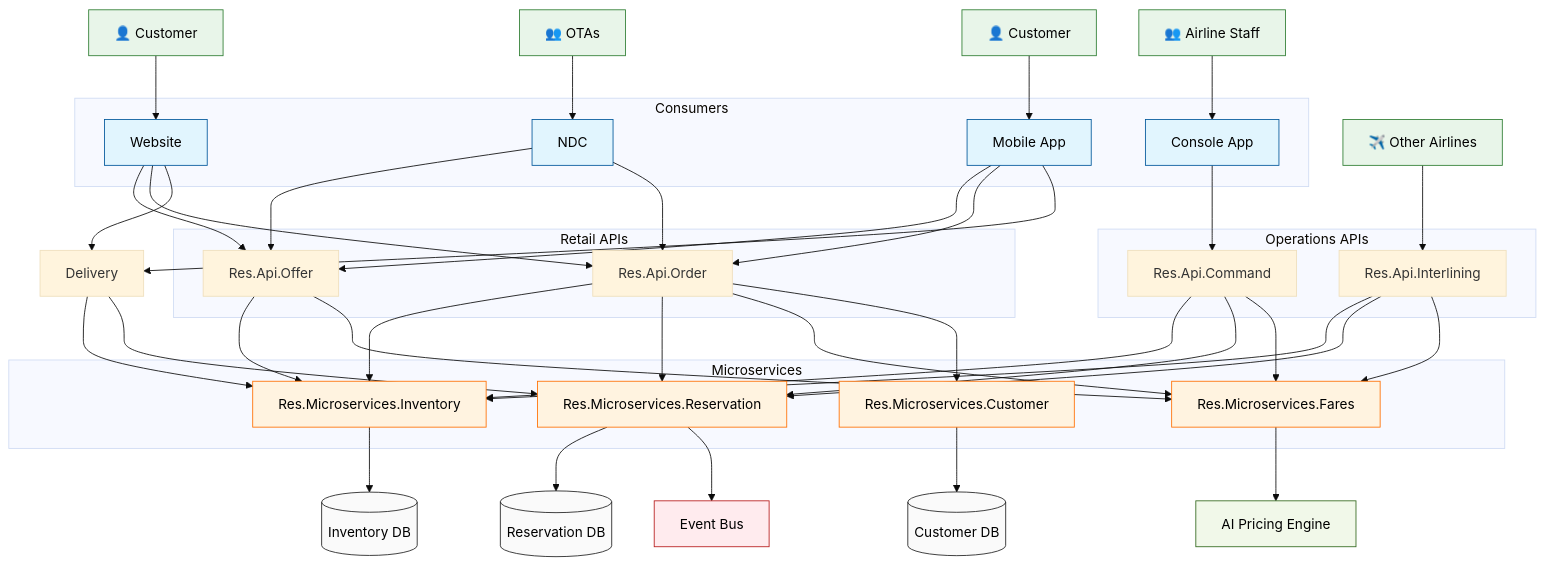
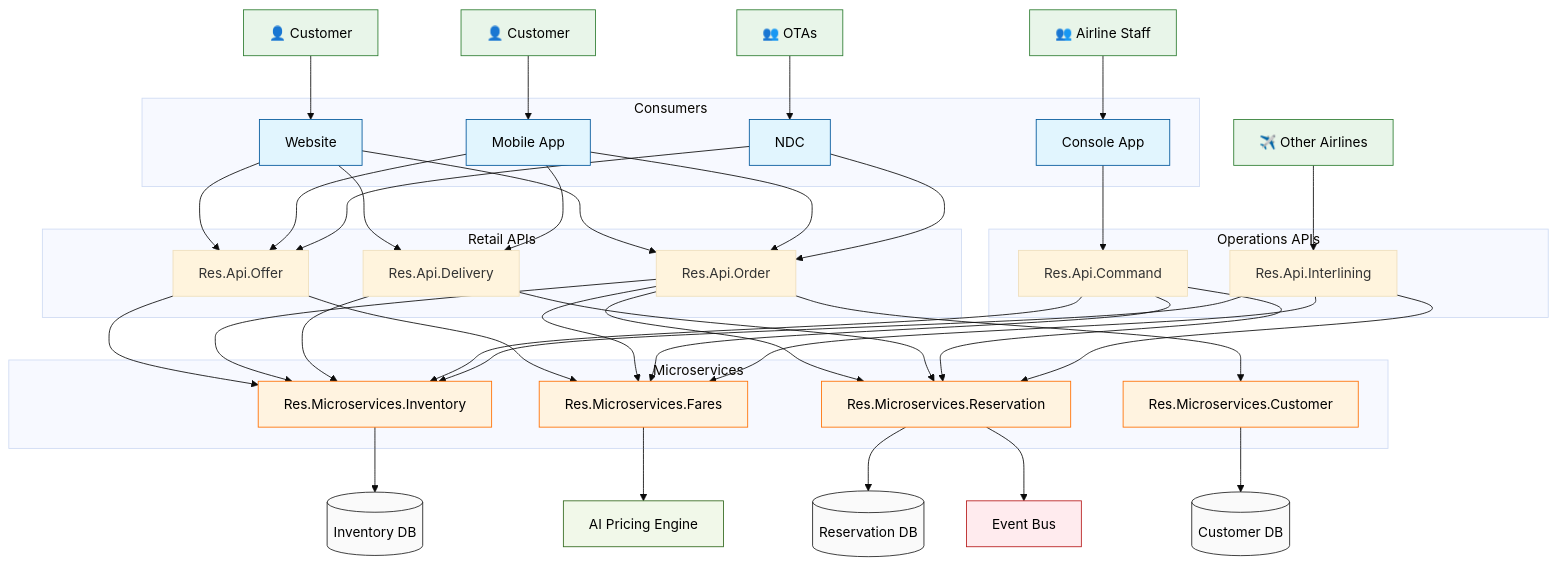
The diagram in README.md (sebharvey/ReservationSystem), drawn with Mermaid (base theme) before and after one commit.

```diff
--- a/README.md
+++ b/README.md
@@ -46,6 +46,7 @@
     subgraph Retail_APIs[Retail APIs]
         Offer[Res.Api.Offer]
         Order[Res.Api.Order]
+        Delivery[Res.Api.Delivery]
     end
     subgraph Ops_APIs[Operations APIs]
         Command[Res.Api.Command]
```
